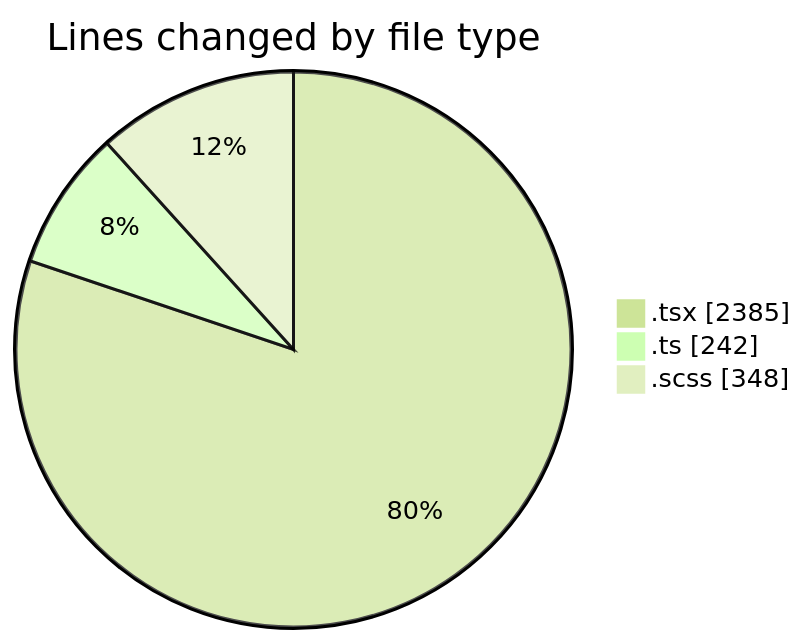
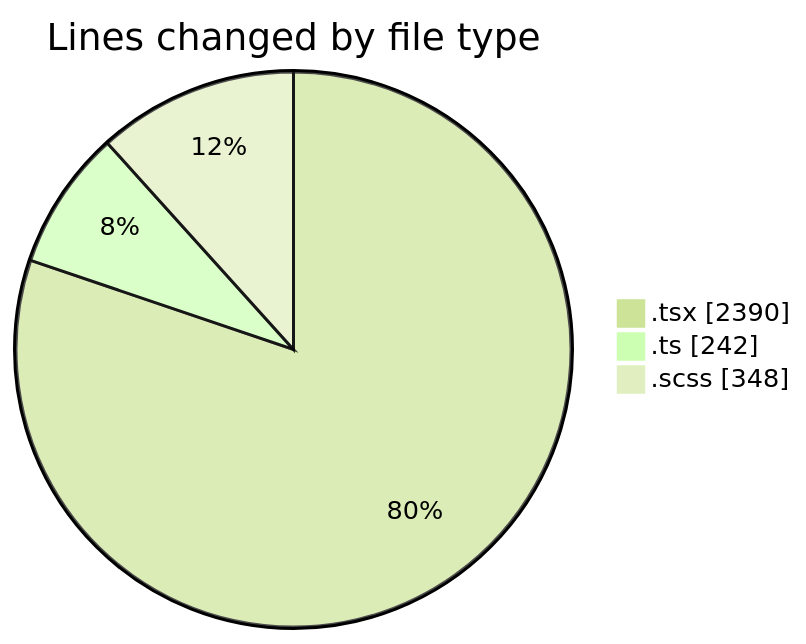
Before and after one commit to momahboobian/code-tracking: the first of 2 diagrams in 2025-09-15/cda/README.md, drawn with Mermaid (forest theme). The commit also changed other lines of this file and 1 other file, not shown here.

````diff
--- a/2025-09-15/cda/README.md
+++ b/2025-09-15/cda/README.md
@@ -25,7 +25,7 @@
 ```mermaid
 pie showData
 title Lines changed by file type
-".tsx" : 2385
+".tsx" : 2390
 ".ts" : 242
 ".scss" : 348
 ```
````
